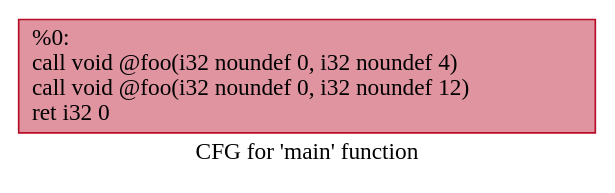
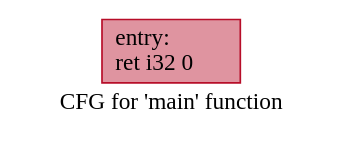
The diagram in Back-End/LLVM/.main.dot (lucaAnza/MyFirstLLVM_compiler), drawn with Graphviz before and after one commit. The commit also changed 6 other files, not shown here.

```diff
--- a/Back-End/LLVM/.main.dot
+++ b/Back-End/LLVM/.main.dot
@@ -1,5 +1,5 @@
 digraph "CFG for 'main' function" {
 	label="CFG for 'main' function";
 
-	Node0x55e6473b3420 [shape=record,color="#b70d28ff", style=filled, fillcolor="#b70d2870",label="{%0:\l  call void @foo(i32 noundef 0, i32 noundef 4)\l  call void @foo(i32 noundef 0, i32 noundef 12)\l  ret i32 0\l}"];
+	Node0x56051773f810 [shape=record,color="#b70d28ff", style=filled, fillcolor="#b70d2870",label="{entry:\l  ret i32 0\l}"];
 }
```
